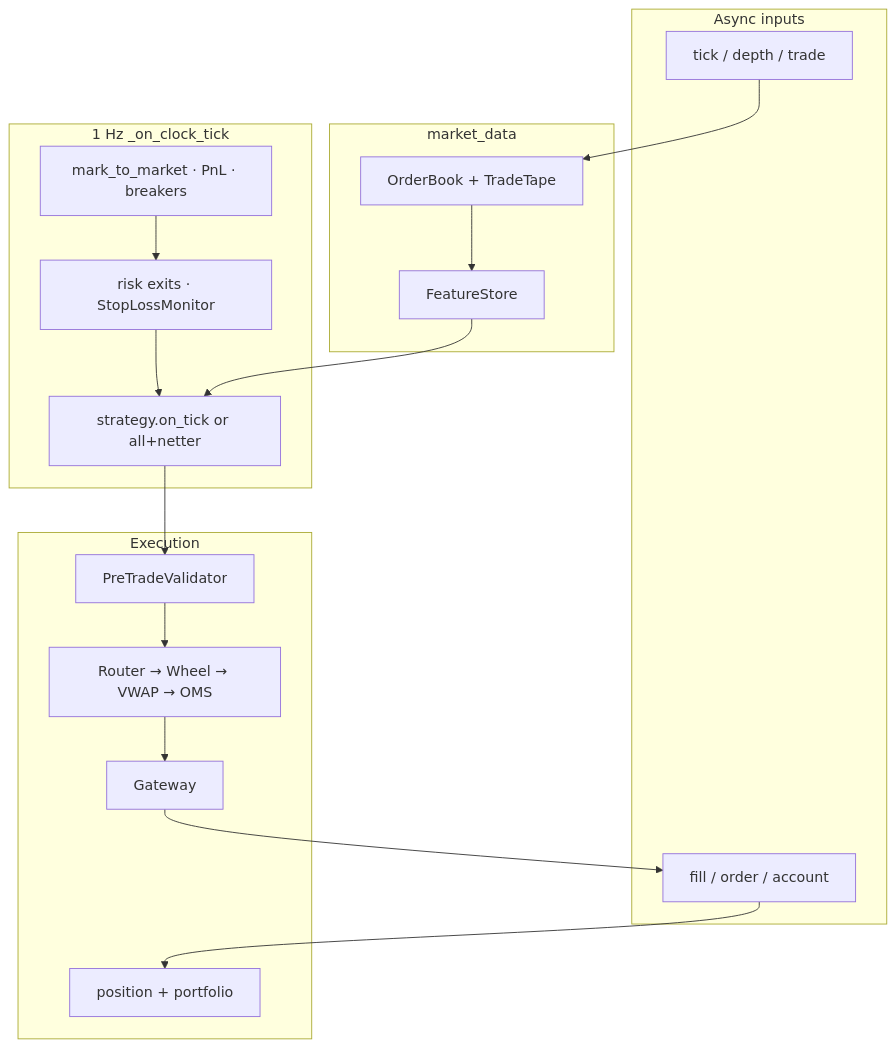
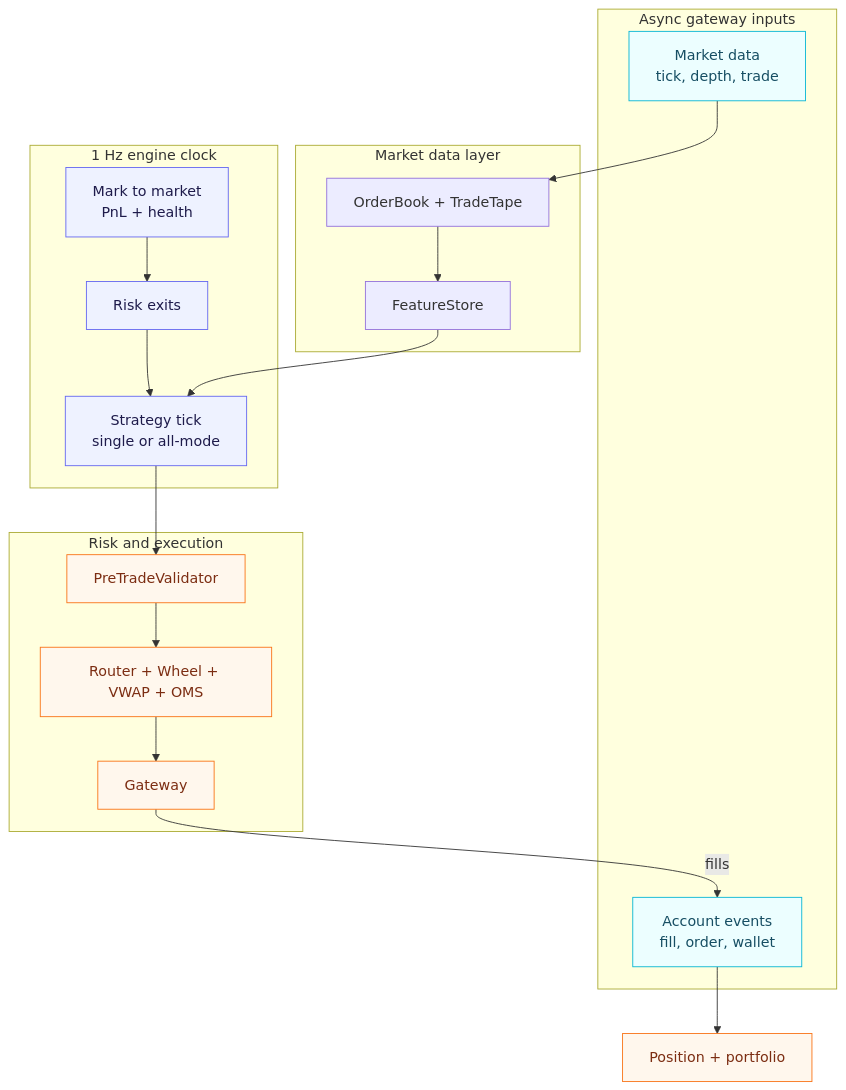
The fourth of 8 diagrams in README.md (Zendragon98/algo-trading-hub), drawn with Mermaid before and after one commit. The commit also changed other lines of this file and 13 other files, not shown here.

Commit message:
Polish architecture diagrams

````diff
--- a/README.md
+++ b/README.md
@@ -546,31 +569,38 @@
 ```mermaid
 flowchart TB
-    subgraph In["Async inputs"]
-        T[tick / depth / trade]
-        F[fill / order / account]
+    subgraph Inputs["Async gateway inputs"]
+        MDIN["Market data<br/>tick, depth, trade"]
+        ACCT["Account events<br/>fill, order, wallet"]
     end
 
-    subgraph MD["market_data"]
-        OB[OrderBook + TradeTape]
-        FS[FeatureStore]
-        T --> OB --> FS
+    subgraph MarketData["Market data layer"]
+        BOOKS["OrderBook + TradeTape"]
+        FEATURES["FeatureStore"]
+        MDIN --> BOOKS --> FEATURES
     end
 
-    subgraph Clock["1 Hz _on_clock_tick"]
-        C1[mark_to_market · PnL · breakers]
-        C2[risk exits · StopLossMonitor]
-        C3[strategy.on_tick or all+netter]
-        C1 --> C2 --> C3
+    subgraph Clock["1 Hz engine clock"]
+        MTM["Mark to market<br/>PnL + health"]
+        EXITS["Risk exits"]
+        SIGNALS["Strategy tick<br/>single or all-mode"]
+        MTM --> EXITS --> SIGNALS
     end
 
-    subgraph Out["Execution"]
-        PRE[PreTradeValidator]
-        RT[Router → Wheel → VWAP → OMS]
-        GW[Gateway]
-        C3 --> PRE --> RT --> GW
-        F --> POS[position + portfolio]
-        GW --> F
+    subgraph Execution["Risk and execution"]
+        PRE["PreTradeValidator"]
+        ROUTE["Router + Wheel + VWAP + OMS"]
+        GATEWAY["Gateway"]
+        SIGNALS --> PRE --> ROUTE --> GATEWAY
     end
 
-    FS --> C3
+    FEATURES --> SIGNALS
+    GATEWAY -->|"fills"| ACCT
+    ACCT --> STATE["Position + portfolio"]
+
+    classDef input fill:#ecfeff,stroke:#06b6d4,color:#164e63
+    classDef clock fill:#eef2ff,stroke:#6366f1,color:#1e1b4b
+    classDef exec fill:#fff7ed,stroke:#f97316,color:#7c2d12
+    class MDIN,ACCT input
+    class MTM,EXITS,SIGNALS clock
+    class PRE,ROUTE,GATEWAY,STATE exec
 ```
````
